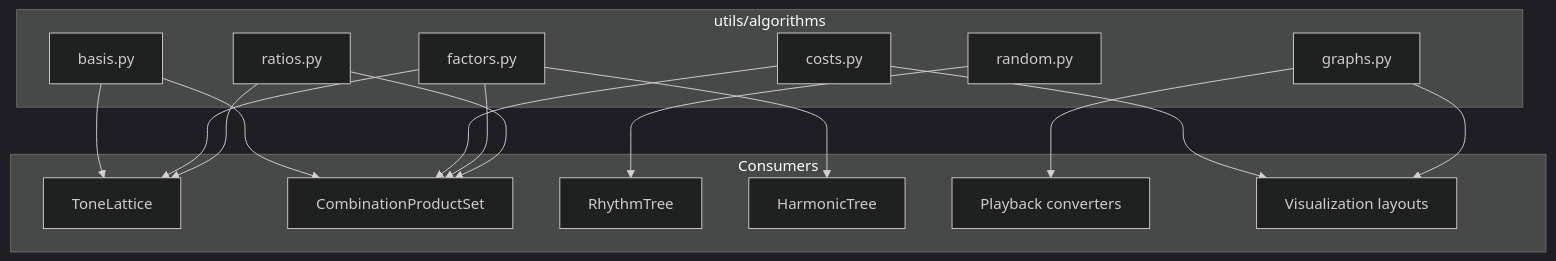
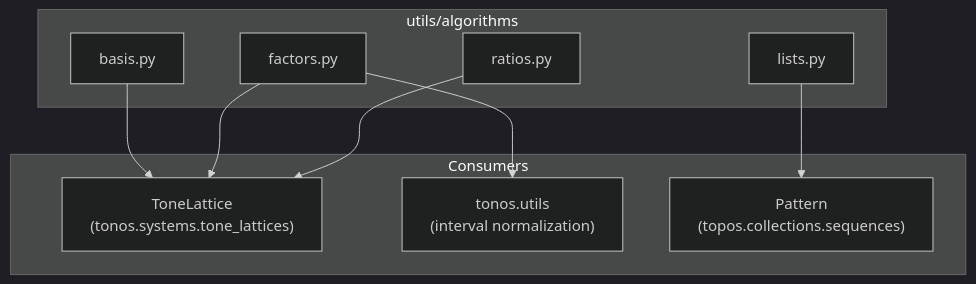
One commit to kr4g/Klotho changed the second of 2 diagrams in docs/architecture/09_UTILS.md. Above: the diagram before and after it, drawn with Mermaid (dark theme). The commit also changed other lines of this file and 14 other files, not shown here.

First line of the commit message:
Refresh architecture docs and Sphinx index for 10.x API (10.11.1)

````diff
--- a/docs/architecture/09_UTILS.md
+++ b/docs/architecture/09_UTILS.md
@@ -182,33 +194,21 @@
 ```mermaid
 flowchart TD
     subgraph "utils/algorithms"
         basis["basis.py"]
-        costs["costs.py"]
         factors["factors.py"]
-        graphs_alg["graphs.py"]
         ratios["ratios.py"]
-        random_mod["random.py"]
+        lists["lists.py"]
     end
 
     subgraph "Consumers"
-        TL["ToneLattice"]
-        CPS["CombinationProductSet"]
-        RT["RhythmTree"]
-        HT["HarmonicTree"]
-        PLAY["Playback converters"]
-        VIS["Visualization layouts"]
+        TL["ToneLattice<br/>(tonos.systems.tone_lattices)"]
+        TU["tonos.utils<br/>(interval normalization)"]
+        PAT["Pattern<br/>(topos.collections.sequences)"]
     end
 
     basis --> TL
-    basis --> CPS
-    costs --> CPS
-    costs --> VIS
     factors --> TL
-    factors --> CPS
-    factors --> HT
-    graphs_alg --> VIS
-    graphs_alg --> PLAY
+    factors --> TU
     ratios --> TL
-    ratios --> CPS
-    random_mod --> RT
+    lists --> PAT
 ```
````
